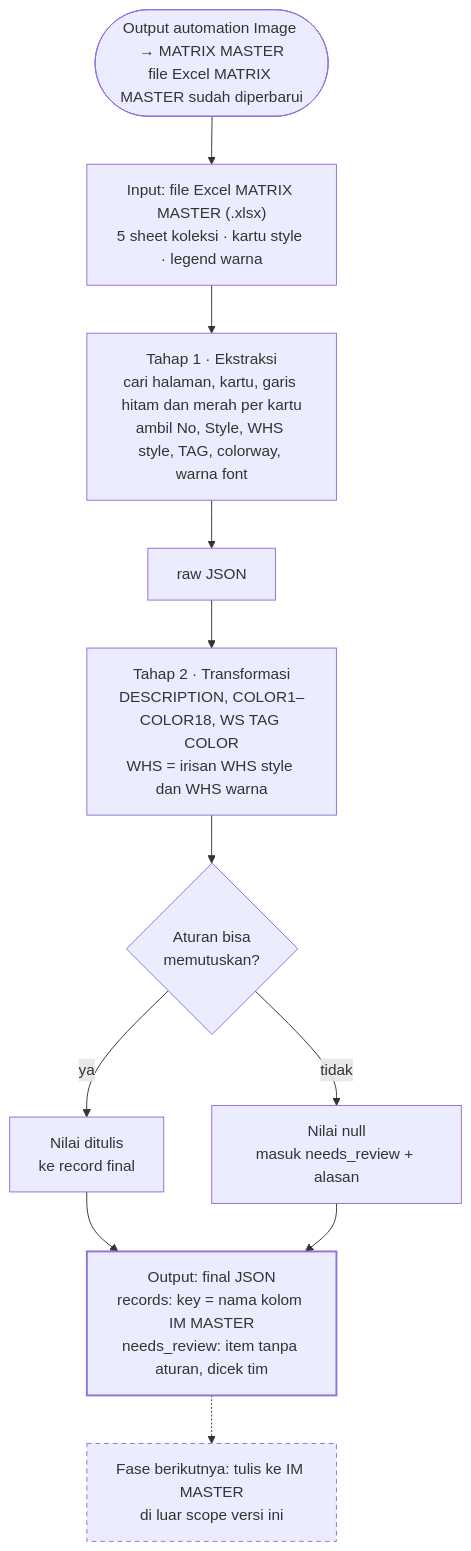
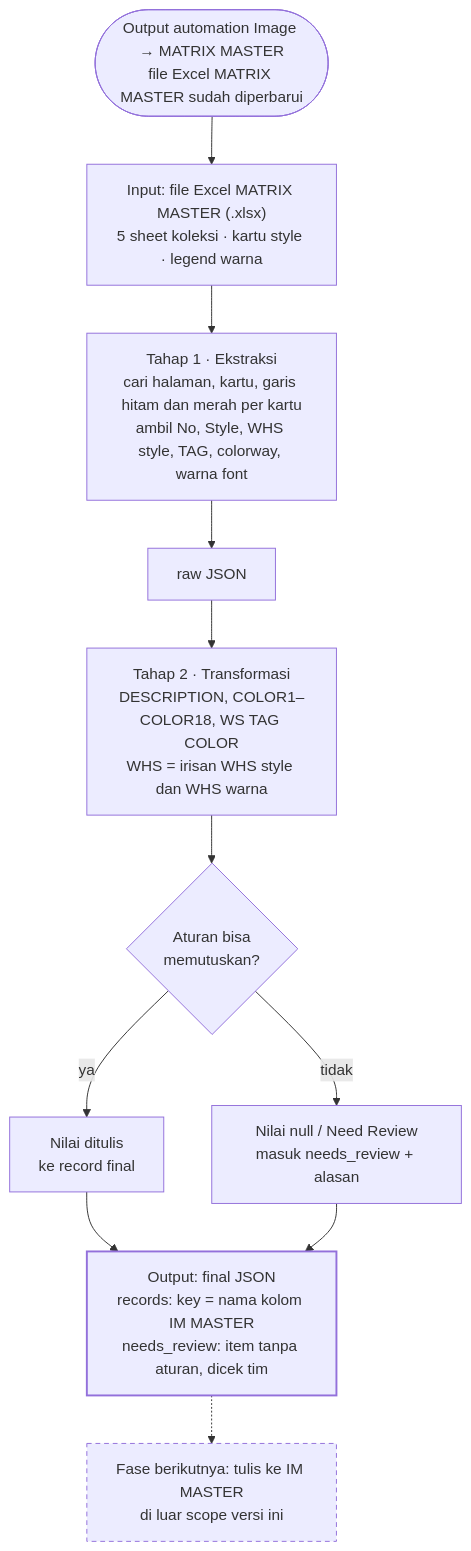
The diagram in docs/PRD_MATRIX_MASTER_to_IM_JSON.md (Wooden-Ships-Knits/matrix2im), drawn with Mermaid before and after one commit. The commit also changed other lines of this file and 23 other files, not shown here.

First line of the commit message:
feat: terapkan keputusan review needs_review (revisi PRD 10 Nov 2026)

````diff
--- a/docs/PRD_MATRIX_MASTER_to_IM_JSON.md
+++ b/docs/PRD_MATRIX_MASTER_to_IM_JSON.md
@@ -31,15 +31,15 @@
 ```mermaid
 flowchart TD
     A(["Output automation Image → MATRIX MASTER<br/>file Excel MATRIX MASTER sudah diperbarui"]) --> B["Input: file Excel MATRIX MASTER (.xlsx)<br/>5 sheet koleksi · kartu style · legend warna"]
     B --> C["Tahap 1 · Ekstraksi<br/>cari halaman, kartu, garis hitam dan merah per kartu<br/>ambil No, Style, WHS style, TAG, colorway, warna font"]
     C --> D["raw JSON"]
     D --> E["Tahap 2 · Transformasi<br/>DESCRIPTION, COLOR1–COLOR18, WS TAG COLOR<br/>WHS = irisan WHS style dan WHS warna"]
     E --> F{"Aturan bisa<br/>memutuskan?"}
     F -- ya --> G["Nilai ditulis<br/>ke record final"]
-    F -- tidak --> H["Nilai null<br/>masuk needs_review + alasan"]
+    F -- tidak --> H["Nilai null / Need Review<br/>masuk needs_review + alasan"]
     G --> I["Output: final JSON<br/>records: key = nama kolom IM MASTER<br/>needs_review: item tanpa aturan, dicek tim"]
     H --> I
     I -.-> J["Fase berikutnya: tulis ke IM MASTER<br/>di luar scope versi ini"]
     style I stroke-width:2px
     style J stroke-dasharray: 5 4
 ```
````
